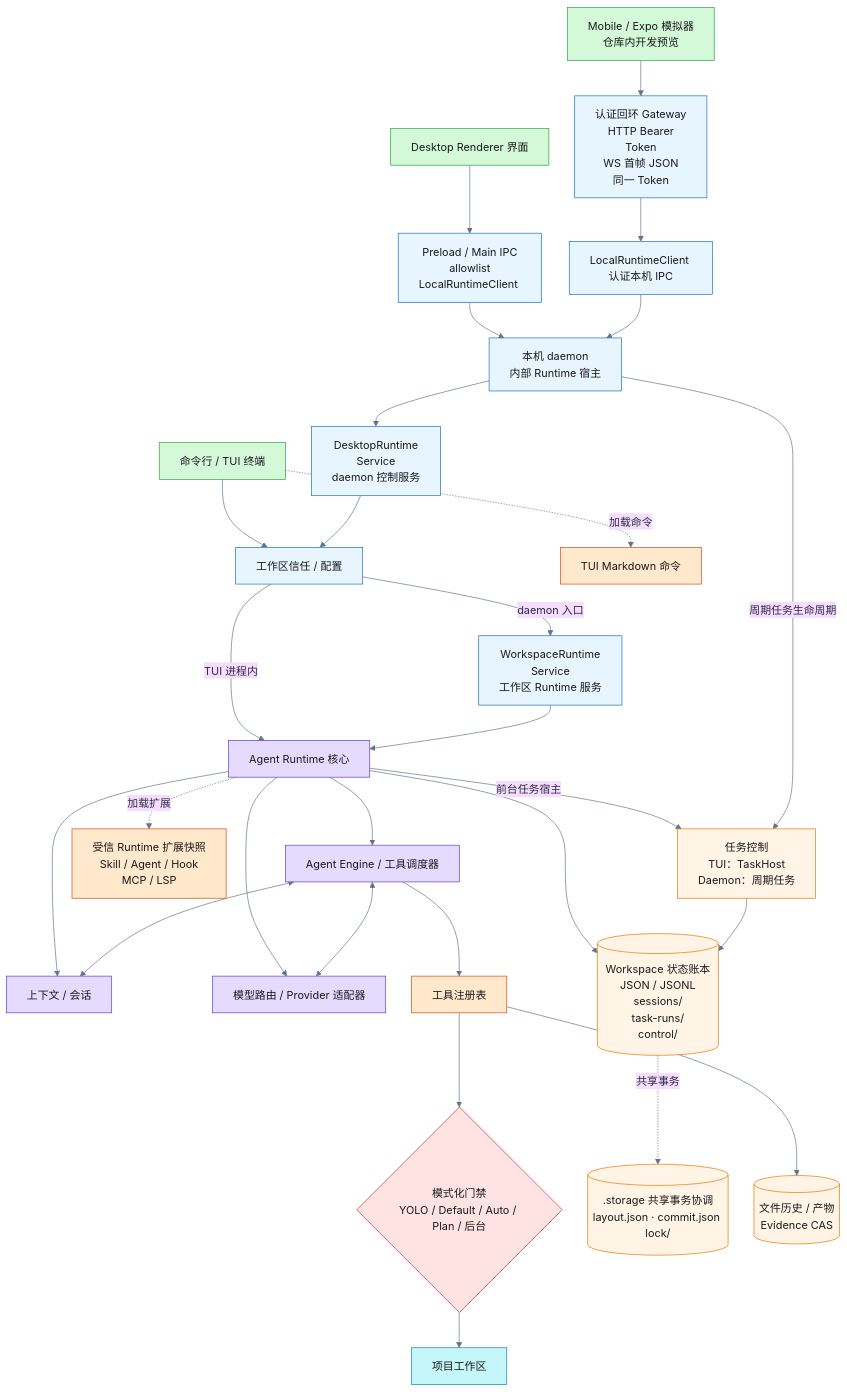
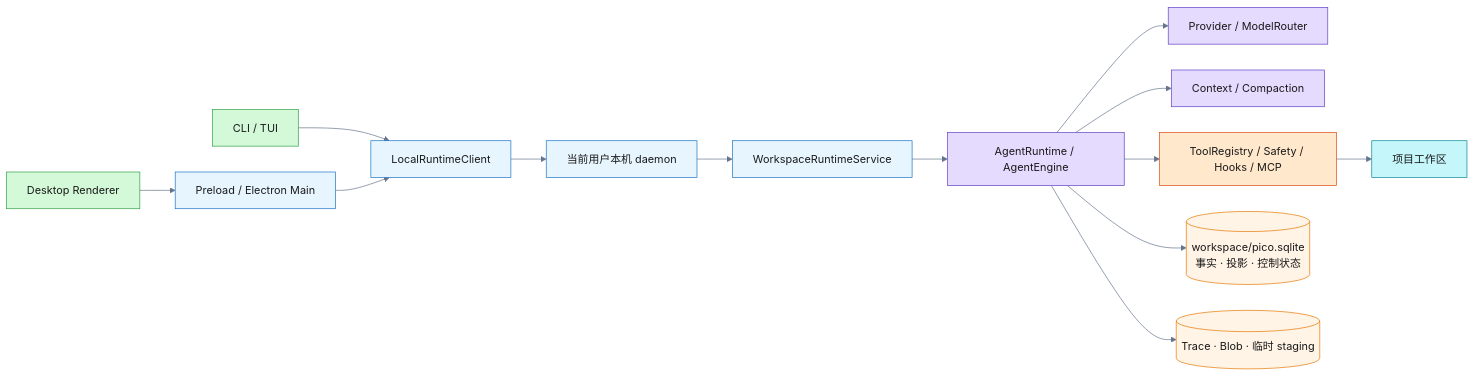
Before and after one commit to 99Gaoxiaoqi/pico-harness: the diagram in docs/readme-assets/pico-harness-architecture.mmd, drawn with Mermaid. The commit also changed 44 other files, not shown here.

```diff
--- a/docs/readme-assets/pico-harness-architecture.mmd
+++ b/docs/readme-assets/pico-harness-architecture.mmd
@@ -1,65 +1,29 @@
 %%{init: {"theme":"base","themeVariables":{"background":"#F8F9FA","fontFamily":"Arial, PingFang SC, sans-serif","lineColor":"#64748B","primaryTextColor":"#2F2B42"},"flowchart":{"curve":"basis","nodeSpacing":38,"rankSpacing":52}}}%%
-flowchart TB
-  TUI["命令行 / TUI 终端"]
-  DESKTOP["Desktop Renderer 界面"]
-  MOBILE["Mobile / Expo 模拟器<br/>仓库内开发预览"]
+flowchart LR
+  TUI["CLI / TUI"] --> CLIENT["LocalRuntimeClient"]
+  DESKTOP["Desktop Renderer"] --> BRIDGE["Preload / Electron Main"] --> CLIENT
 
-  BRIDGE["Preload / Main IPC<br/>allowlist<br/>LocalRuntimeClient&nbsp;"]
-  GATEWAY["认证回环 Gateway<br/>HTTP Bearer<br/>Token<br/>WS 首帧 JSON<br/>同一 Token"]
-  MOBILE_CLIENT["LocalRuntimeClient&nbsp;<br/>认证本机 IPC"]
-  DAEMON["本机 daemon<br/>内部 Runtime 宿主"]
-  DRS["DesktopRuntime<br/>Service<br/>daemon 控制服务"]
-  TRUST["工作区信任 / 配置"]
-  WRS["WorkspaceRuntime<br/>Service<br/>工作区 Runtime 服务"]
+  CLIENT --> DAEMON["当前用户本机 daemon"]
+  DAEMON --> SERVICE["WorkspaceRuntimeService"]
+  SERVICE --> RUNTIME["AgentRuntime / AgentEngine"]
 
-  RUNTIME["Agent Runtime 核心"]
-  ENGINE["Agent Engine / 工具调度器"]
-  CONTEXT["上下文 / 会话"]
-  PROVIDER["模型路由 / Provider 适配器"]
-  REGISTRY["工具注册表"]
-  GATES{"模式化门禁<br/>YOLO / Default / Auto / Plan / 后台"}
+  RUNTIME --> PROVIDER["Provider / ModelRouter"]
+  RUNTIME --> CONTEXT["Context / Compaction"]
+  RUNTIME --> TOOLS["ToolRegistry / Safety / Hooks / MCP"]
+  TOOLS --> PROJECT["项目工作区"]
 
-  EXT["受信 Runtime 扩展快照<br/>Skill / Agent / Hook<br/>MCP / LSP"]
-  COMMANDS["TUI Markdown 命令"]
-  TASKS["任务控制<br/>TUI：TaskHost<br/>Daemon：周期任务"]
-  PROJECT["项目工作区"]
-  STATE[("&nbsp;Workspace 状态账本&nbsp;<br/>&nbsp;JSON / JSONL&nbsp;<br/>&nbsp;sessions/&nbsp;<br/>&nbsp;task-runs/&nbsp;<br/>&nbsp;control/&nbsp;")]
-  COORD[(".storage 共享事务协调<br/>layout.json · commit.json&nbsp;<br/>lock/")]
-  SIDECAR[("文件历史 / 产物<br/>Evidence CAS")]
-
-  TUI --> TRUST
-  DESKTOP --> BRIDGE --> DAEMON --> DRS --> TRUST
-  MOBILE --> GATEWAY --> MOBILE_CLIENT --> DAEMON
-  TRUST -->|TUI 进程内| RUNTIME
-  TRUST -->|daemon 入口| WRS --> RUNTIME
-
-  RUNTIME --> ENGINE
-  RUNTIME --> CONTEXT
-  RUNTIME --> PROVIDER
-  ENGINE <--> CONTEXT
-  ENGINE <--> PROVIDER
-  ENGINE --> REGISTRY --> GATES --> PROJECT
-
-  RUNTIME -.->|加载扩展| EXT
-  TUI -.->|加载命令| COMMANDS
-  RUNTIME -->|前台任务宿主| TASKS
-  DAEMON -->|周期任务生命周期| TASKS
-  RUNTIME --> STATE
-  TASKS --> STATE
-  STATE -.->|共享事务| COORD
-  REGISTRY --> SIDECAR
+  RUNTIME --> DB[("workspace/pico.sqlite\n事实 · 投影 · 控制状态")]
+  RUNTIME --> SIDECAR[("Trace · Blob · 临时 staging")]
 
   classDef input fill:#d3f9d8,stroke:#2f9e44,color:#1a1a1a
   classDef process fill:#e5dbff,stroke:#5f3dc4,color:#1a1a1a
-  classDef decision fill:#ffe3e3,stroke:#c92a2a,color:#1a1a1a
   classDef action fill:#ffe8cc,stroke:#d9480f,color:#1a1a1a
   classDef output fill:#c5f6fa,stroke:#0c8599,color:#1a1a1a
   classDef storage fill:#fff4e6,stroke:#e67700,color:#1a1a1a
   classDef meta fill:#e7f5ff,stroke:#1971c2,color:#1a1a1a
-  class TUI,DESKTOP,MOBILE input
-  class RUNTIME,ENGINE,CONTEXT,PROVIDER process
-  class GATES decision
-  class REGISTRY,EXT,COMMANDS action
+  class TUI,DESKTOP input
+  class RUNTIME,PROVIDER,CONTEXT process
+  class TOOLS action
   class PROJECT output
-  class STATE,COORD,TASKS,SIDECAR storage
-  class BRIDGE,GATEWAY,MOBILE_CLIENT,DAEMON,DRS,TRUST,WRS meta
+  class DB,SIDECAR storage
+  class CLIENT,BRIDGE,DAEMON,SERVICE meta
```
